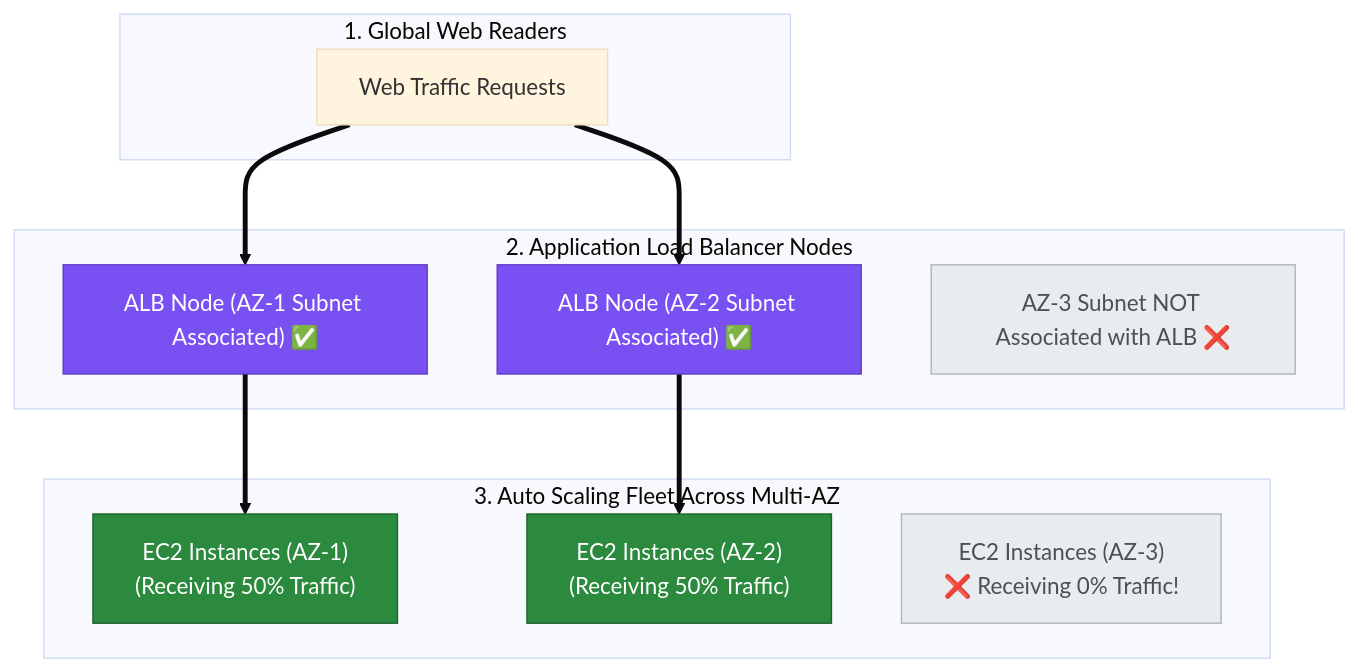
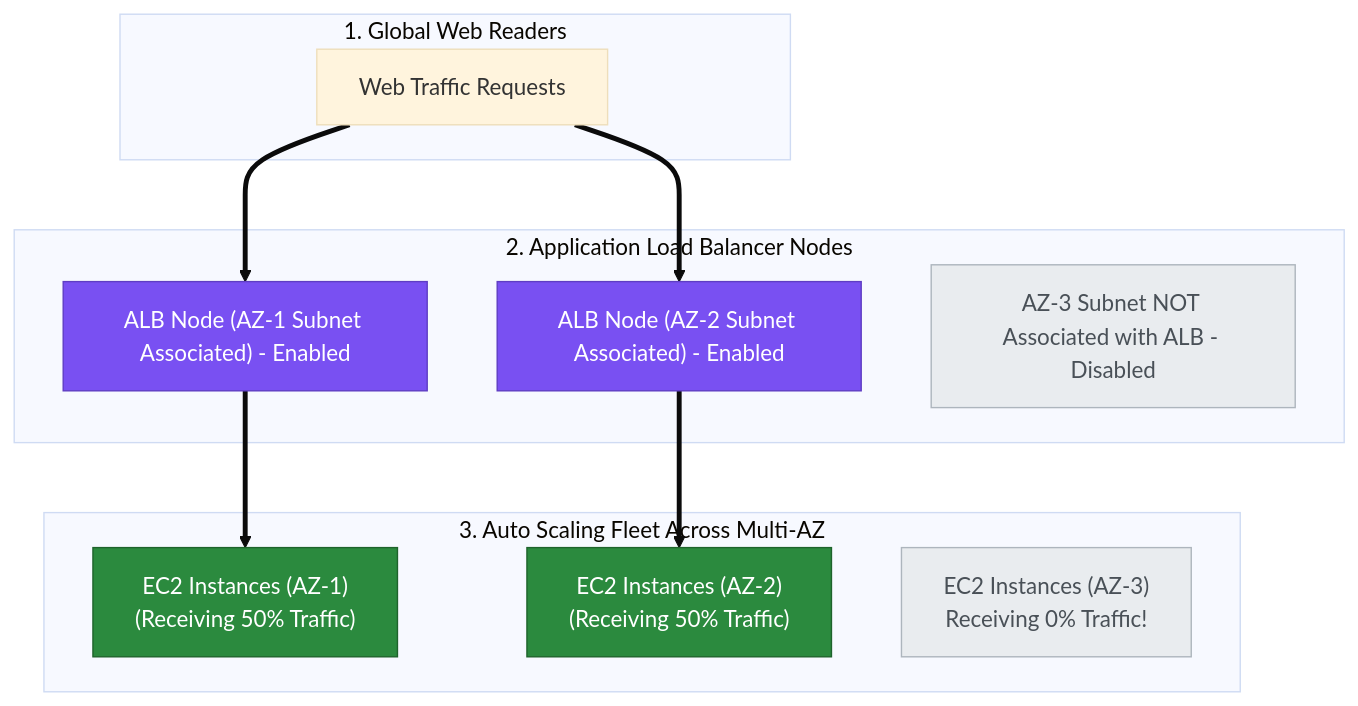
Before and after one commit to ReginRavi/AIP-C01: the sixth of 9 diagrams in Professional/3.3 High-performing systems architectures (for example, auto scaling, instance fleets, placement groups).md, drawn with Mermaid (base theme). The commit also changed other lines of this file and 1 other file, not shown here.

Commit message:
Fix mermaid diagram syntax in Global service offerings and High-performing systems architectures notes

````diff
--- a/Professional/3.3 High-performing systems architectures (for example, auto scaling, instance fleets, placement groups).md
+++ b/Professional/3.3 High-performing systems architectures (for example, auto scaling, instance fleets, placement groups).md
@@ -240,31 +264,31 @@
 ```mermaid
 flowchart TD
     subgraph Viewers ["1. Global Web Readers"]
         Users["Web Traffic Requests"]
     end
 
     subgraph ALB_Tier ["2. Application Load Balancer Nodes"]
-        ALB_AZ1["ALB Node (AZ-1 Subnet Associated) ✅"]
-        ALB_AZ2["ALB Node (AZ-2 Subnet Associated) ✅"]
-        ALB_AZ3["AZ-3 Subnet NOT Associated with ALB ❌"]
+        ALB_AZ1["ALB Node (AZ-1 Subnet Associated) - Enabled"]
+        ALB_AZ2["ALB Node (AZ-2 Subnet Associated) - Enabled"]
+        ALB_AZ3["AZ-3 Subnet NOT Associated with ALB - Disabled"]
     end
 
     subgraph EC2_Fleet ["3. Auto Scaling Fleet Across Multi-AZ"]
         EC2_AZ1["EC2 Instances (AZ-1)<br/>(Receiving 50% Traffic)"]
         EC2_AZ2["EC2 Instances (AZ-2)<br/>(Receiving 50% Traffic)"]
-        EC2_AZ3["EC2 Instances (AZ-3)<br/>❌ Receiving 0% Traffic!"]
-
-        ALB_AZ1 ==> EC2_AZ1
-        ALB_AZ2 ==> EC2_AZ2
+        EC2_AZ3["EC2 Instances (AZ-3)<br/>Receiving 0% Traffic!"]
     end
 
-    Users ==> ALB_AZ1 & ALB_AZ2
+    Users ==> ALB_AZ1
+    Users ==> ALB_AZ2
+    ALB_AZ1 ==> EC2_AZ1
+    ALB_AZ2 ==> EC2_AZ2
 
     classDef alb fill:#7950f2,stroke:#5f3dc4,color:#ffffff;
     classDef ec2 fill:#2b8a3e,stroke:#1e632b,color:#ffffff;
     classDef unassociated fill:#e9ecef,stroke:#adb5bd,color:#495057;
 
     class ALB_AZ1,ALB_AZ2 alb;
     class EC2_AZ1,EC2_AZ2 ec2;
     class ALB_AZ3,EC2_AZ3 unassociated;
 ```
````
